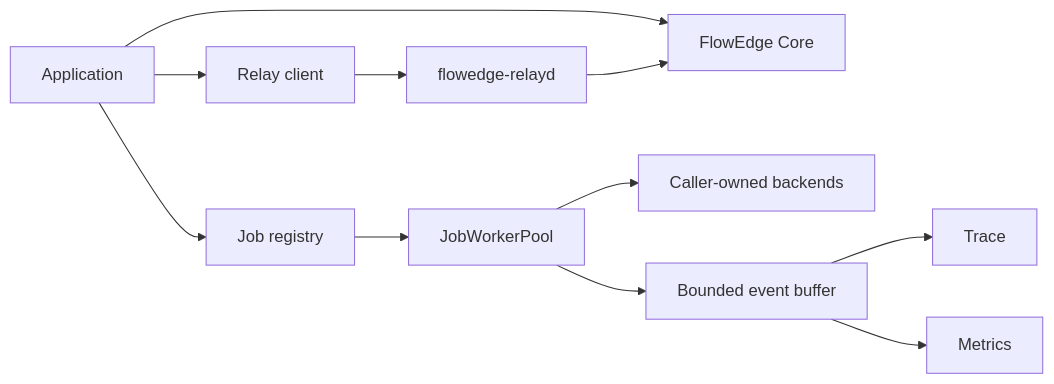
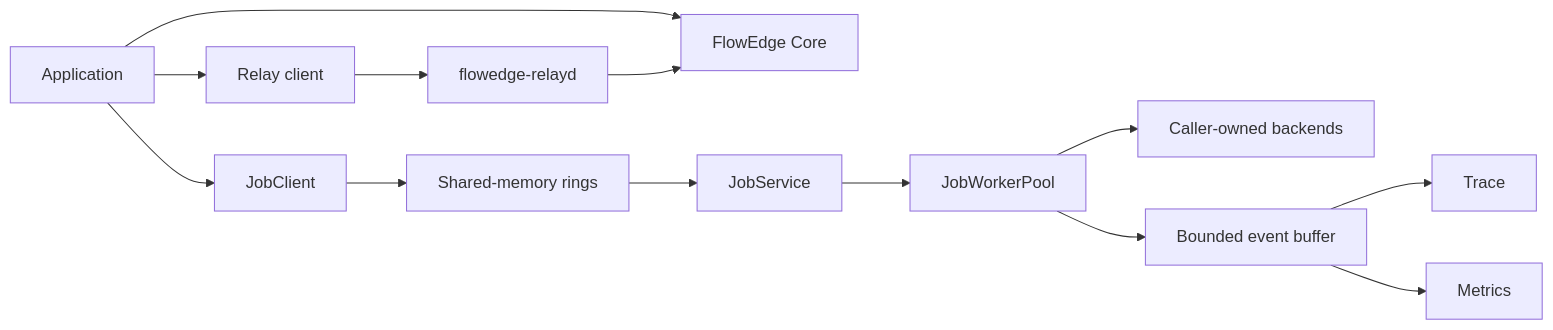
Before and after one commit to elprofesoriqo/FlowEdge: the diagram in docs/capabilities.md, drawn with Mermaid. The commit also changed other lines of this file and 24 other files, not shown here.

````diff
--- a/docs/capabilities.md
+++ b/docs/capabilities.md
@@ -21,13 +21,15 @@
 ```{mermaid}
 flowchart LR
   A[Application] --> C[FlowEdge Core]
   A --> R[Relay client]
   R --> D[flowedge-relayd]
   D --> C
-  A --> J[Job registry]
-  J --> P[JobWorkerPool]
+  A --> J[JobClient]
+  J --> S[Shared-memory rings]
+  S --> V[JobService]
+  V --> P[JobWorkerPool]
   P --> B[Caller-owned backends]
   P --> E[Bounded event buffer]
   E --> T[Trace]
   E --> M[Metrics]
 ```
````
